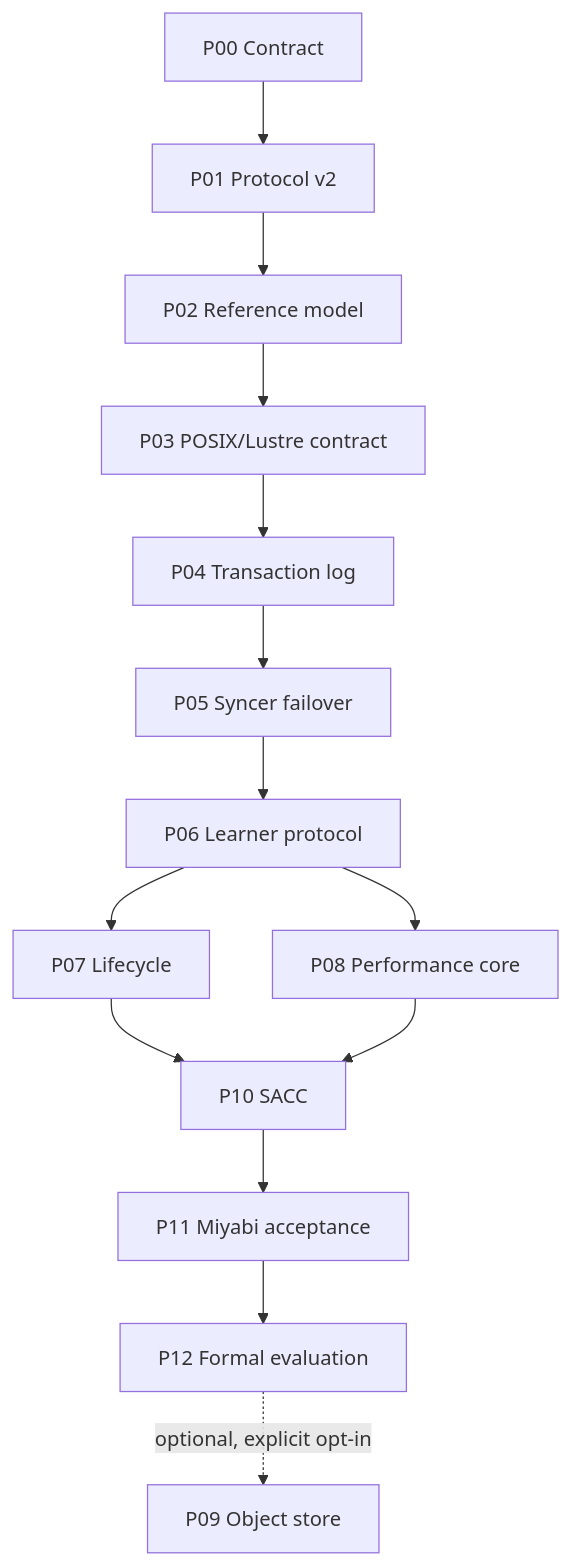
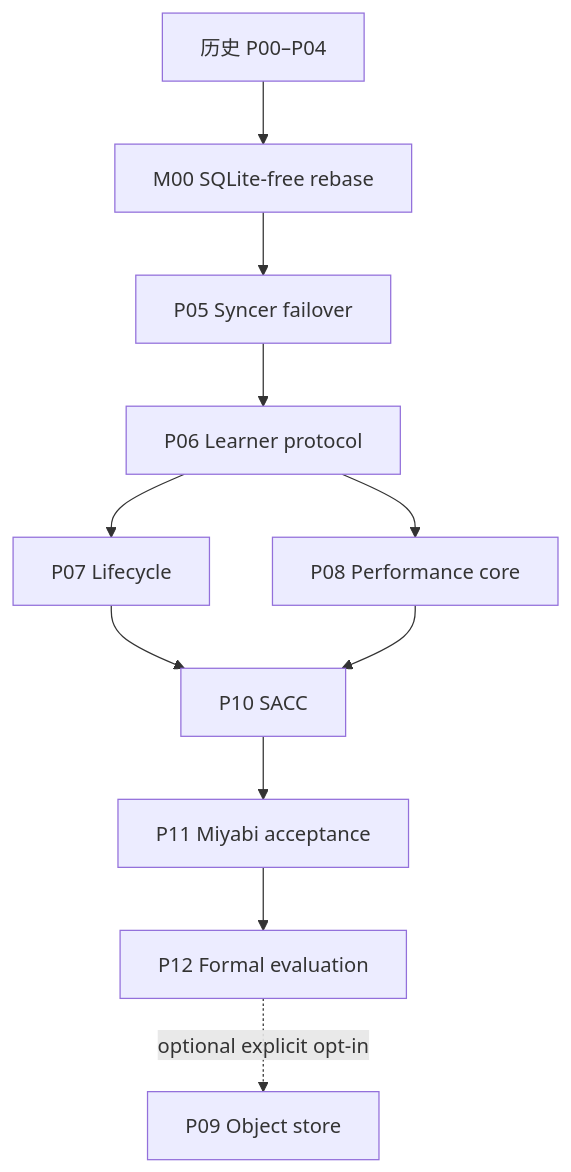
Before and after one commit to UnbearableFate/fs_based_decoupled_diloco: the diagram in plans/duraloco/codex/DuraLoCo_Codex_Loop_Plans/DuraLoCo_Codex_Master_Plan.md, drawn with Mermaid. The commit also changed other lines of this file and 25 other files, not shown here.

````diff
--- a/plans/duraloco/codex/DuraLoCo_Codex_Loop_Plans/DuraLoCo_Codex_Master_Plan.md
+++ b/plans/duraloco/codex/DuraLoCo_Codex_Loop_Plans/DuraLoCo_Codex_Master_Plan.md
@@ -54,16 +46,13 @@
 ```mermaid
 graph TD
-  P00[P00 Contract] --> P01[P01 Protocol v2]
-  P01 --> P02[P02 Reference model]
-  P02 --> P03[P03 POSIX/Lustre contract]
-  P03 --> P04[P04 Transaction log]
-  P04 --> P05[P05 Syncer failover]
-  P05 --> P06[P06 Learner protocol]
-  P06 --> P07[P07 Lifecycle]
-  P06 --> P08[P08 Performance core]
-  P07 --> P10[P10 SACC]
+  H["历史 P00–P04"] --> M00["M00 SQLite-free rebase"]
+  M00 --> P05["P05 Syncer failover"]
+  P05 --> P06["P06 Learner protocol"]
+  P06 --> P07["P07 Lifecycle"]
+  P06 --> P08["P08 Performance core"]
+  P07 --> P10["P10 SACC"]
   P08 --> P10
-  P10 --> P11[P11 Miyabi acceptance]
-  P11 --> P12[P12 Formal evaluation]
-  P12 -. optional, explicit opt-in .-> P09[P09 Object store]
+  P10 --> P11["P11 Miyabi acceptance"]
+  P11 --> P12["P12 Formal evaluation"]
+  P12 -. "optional explicit opt-in" .-> P09["P09 Object store"]
 ```
````
